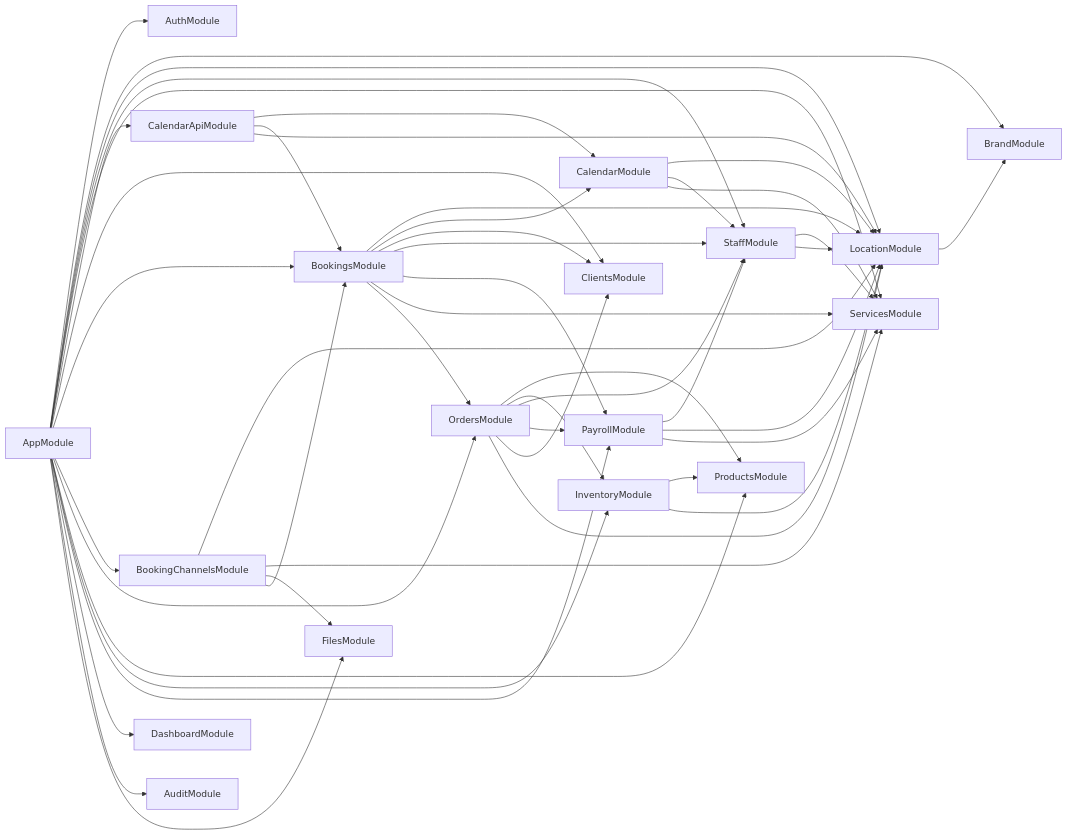
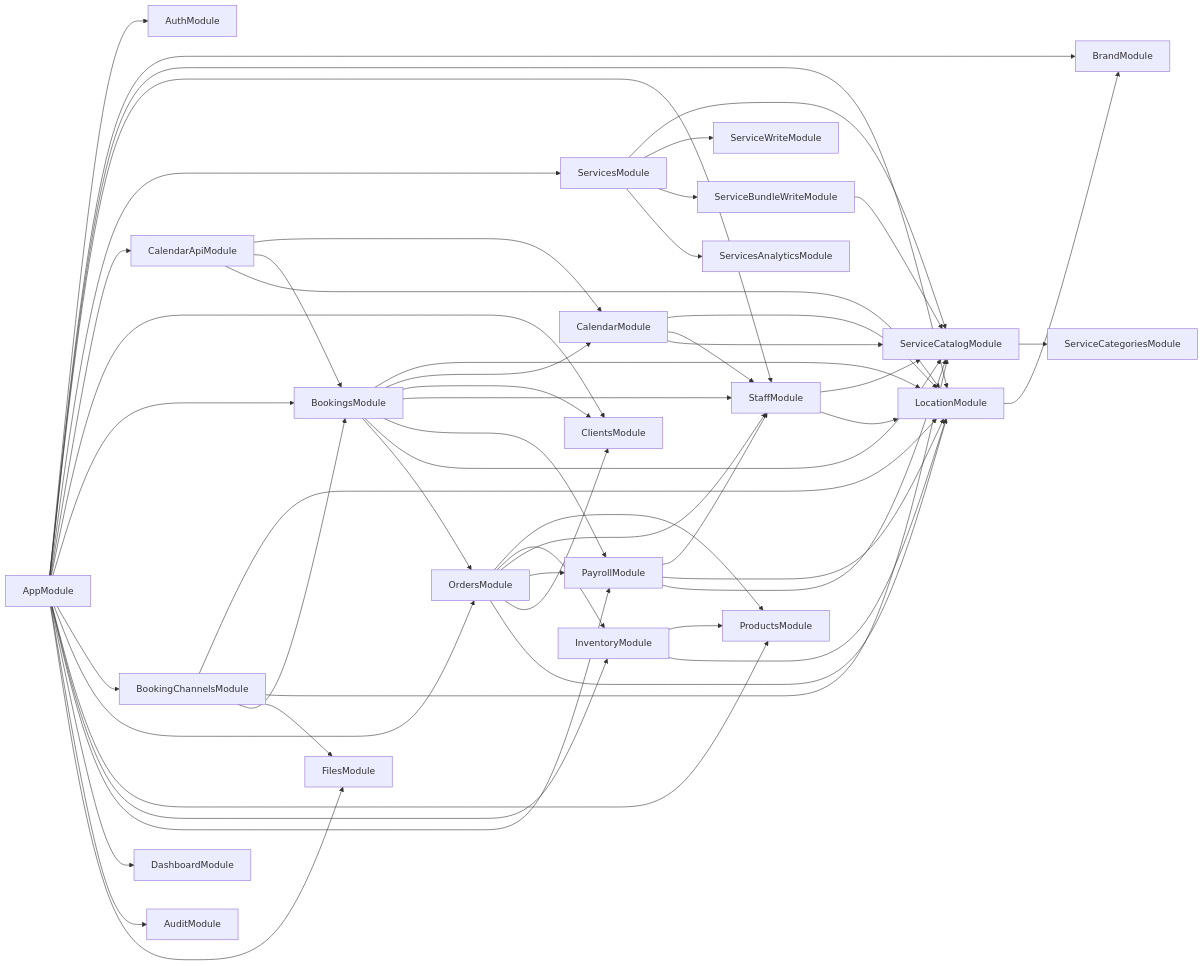
One commit to pavelnagorsky/crm-core changed the first of 2 diagrams in docs/architecture/README.md. Above: the diagram before and after it, drawn with Mermaid. The commit also changed other lines of this file and 111 other files, not shown here.

Commit message:
refactor/service-catalog-modules

````diff
--- a/docs/architecture/README.md
+++ b/docs/architecture/README.md
@@ -20,55 +21,61 @@
 ```mermaid
 flowchart LR
   AppModule --> AuthModule
   AppModule --> BrandModule
   AppModule --> LocationModule
   AppModule --> StaffModule
   AppModule --> ServicesModule
+  ServicesModule --> ServiceCatalogModule
+  ServicesModule --> ServiceWriteModule
+  ServicesModule --> ServiceBundleWriteModule
+  ServicesModule --> ServicesAnalyticsModule
+  ServiceCatalogModule --> ServiceCategoriesModule
+  ServiceBundleWriteModule --> ServiceCatalogModule
   AppModule --> CalendarApiModule
   AppModule --> ClientsModule
   AppModule --> BookingsModule
   AppModule --> BookingChannelsModule
   AppModule --> OrdersModule
   AppModule --> ProductsModule
   AppModule --> InventoryModule
   AppModule --> PayrollModule
   AppModule --> DashboardModule
   AppModule --> AuditModule
   AppModule --> FilesModule
 
   LocationModule --> BrandModule
-  StaffModule --> ServicesModule
+  StaffModule --> ServiceCatalogModule
   StaffModule --> LocationModule
   CalendarModule --> LocationModule
   CalendarModule --> StaffModule
-  CalendarModule --> ServicesModule
+  CalendarModule --> ServiceCatalogModule
   CalendarApiModule --> CalendarModule
   CalendarApiModule --> BookingsModule
   CalendarApiModule --> LocationModule
 
   BookingsModule --> LocationModule
   BookingsModule --> CalendarModule
   BookingsModule --> ClientsModule
   BookingsModule --> StaffModule
   BookingsModule --> PayrollModule
-  BookingsModule --> ServicesModule
+  BookingsModule --> ServiceCatalogModule
   BookingsModule --> OrdersModule
 
   BookingChannelsModule --> LocationModule
-  BookingChannelsModule --> ServicesModule
+  BookingChannelsModule --> ServiceCatalogModule
   BookingChannelsModule --> FilesModule
   BookingChannelsModule --> BookingsModule
 
   OrdersModule --> ProductsModule
   OrdersModule --> InventoryModule
   OrdersModule --> StaffModule
   OrdersModule --> PayrollModule
   OrdersModule --> ClientsModule
   OrdersModule --> LocationModule
 
   InventoryModule --> ProductsModule
   InventoryModule --> LocationModule
   PayrollModule --> StaffModule
   PayrollModule --> LocationModule
-  PayrollModule --> ServicesModule
+  PayrollModule --> ServiceCatalogModule
 ```
````
